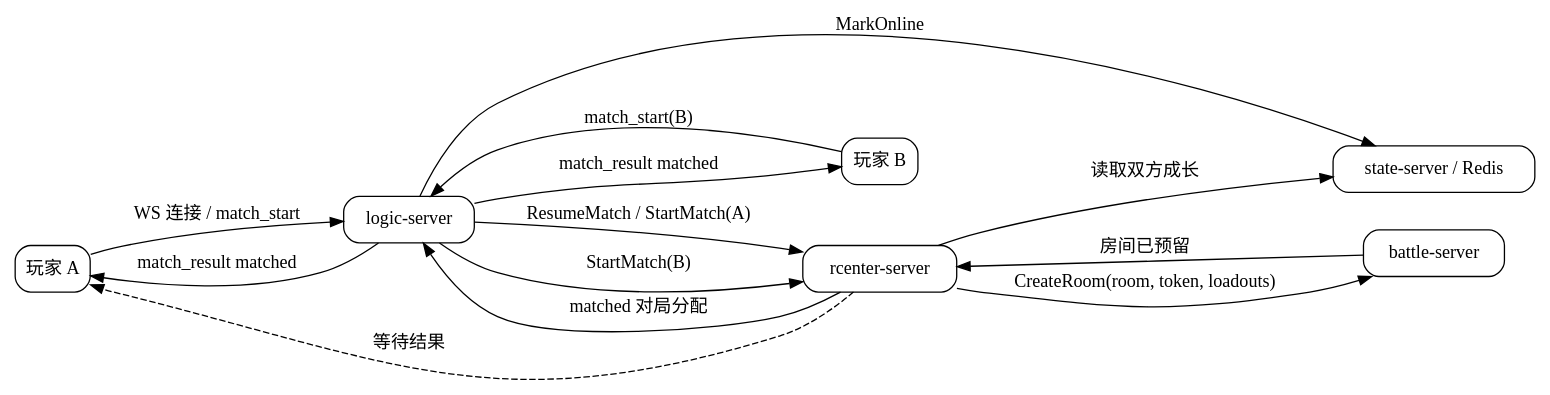
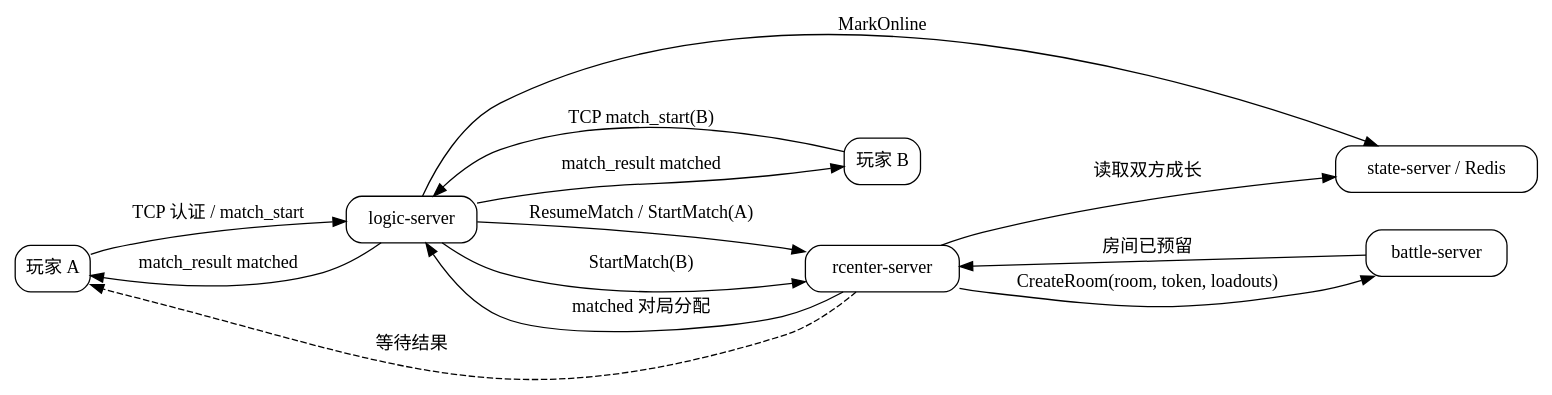
One commit to zzzhr666/server changed the diagram in docs/diagrams/match-flow.dot. Above: the diagram before and after it, drawn with Graphviz. The commit also changed 25 other files, not shown here.

```diff
--- a/docs/diagrams/match-flow.dot
+++ b/docs/diagrams/match-flow.dot
@@ -1,22 +1,22 @@
 digraph match_flow {
     rankdir=LR;
     node [shape=box, style=rounded];
     player_a [label="玩家 A"];
     logic [label="logic-server"];
     state [label="state-server / Redis"];
     rcenter [label="rcenter-server"];
     battle [label="battle-server"];
     player_b [label="玩家 B"];
-    player_a -> logic [label="WS 连接 / match_start"];
+    player_a -> logic [label="TCP 认证 / match_start"];
     logic -> state [label="MarkOnline"];
     logic -> rcenter [label="ResumeMatch / StartMatch(A)"];
     rcenter -> player_a [label="等待结果", style=dashed];
-    player_b -> logic [label="match_start(B)"];
+    player_b -> logic [label="TCP match_start(B)"];
     logic -> rcenter [label="StartMatch(B)"];
     rcenter -> state [label="读取双方成长"];
     rcenter -> battle [label="CreateRoom(room, token, loadouts)"];
     battle -> rcenter [label="房间已预留"];
     rcenter -> logic [label="matched 对局分配"];
     logic -> player_a [label="match_result matched"];
     logic -> player_b [label="match_result matched"];
 }
```
